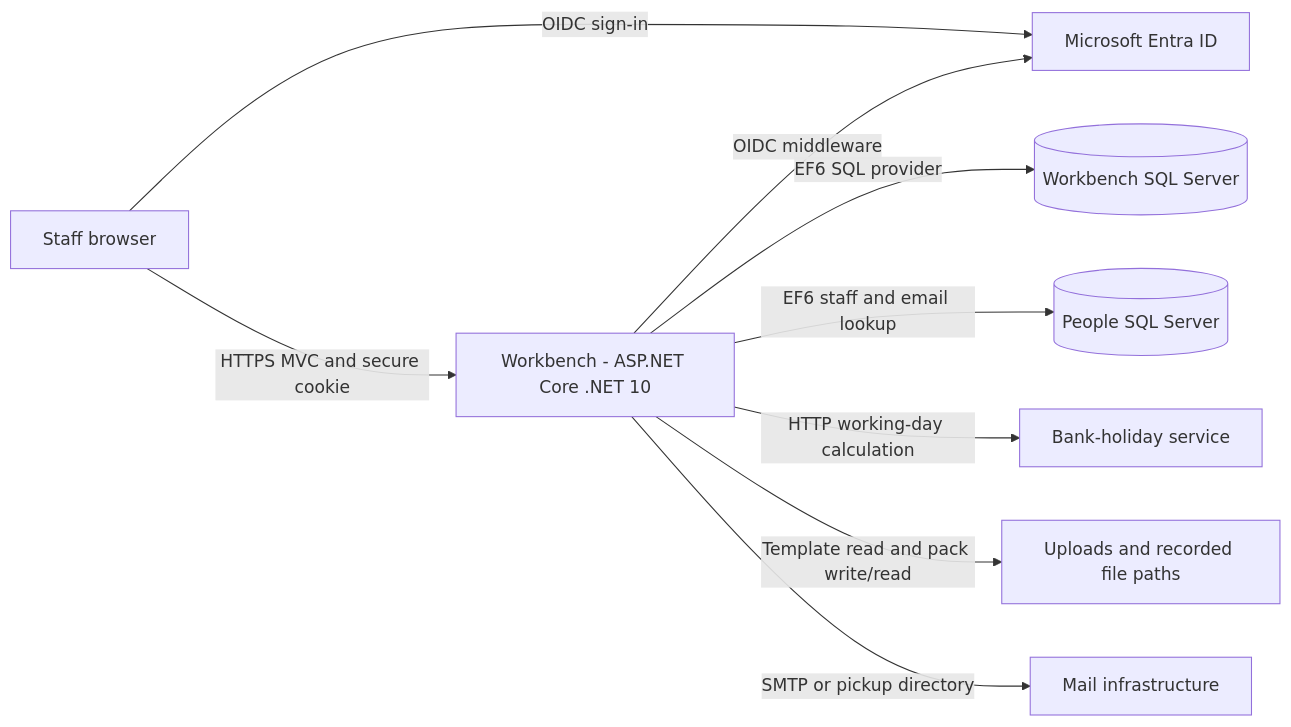
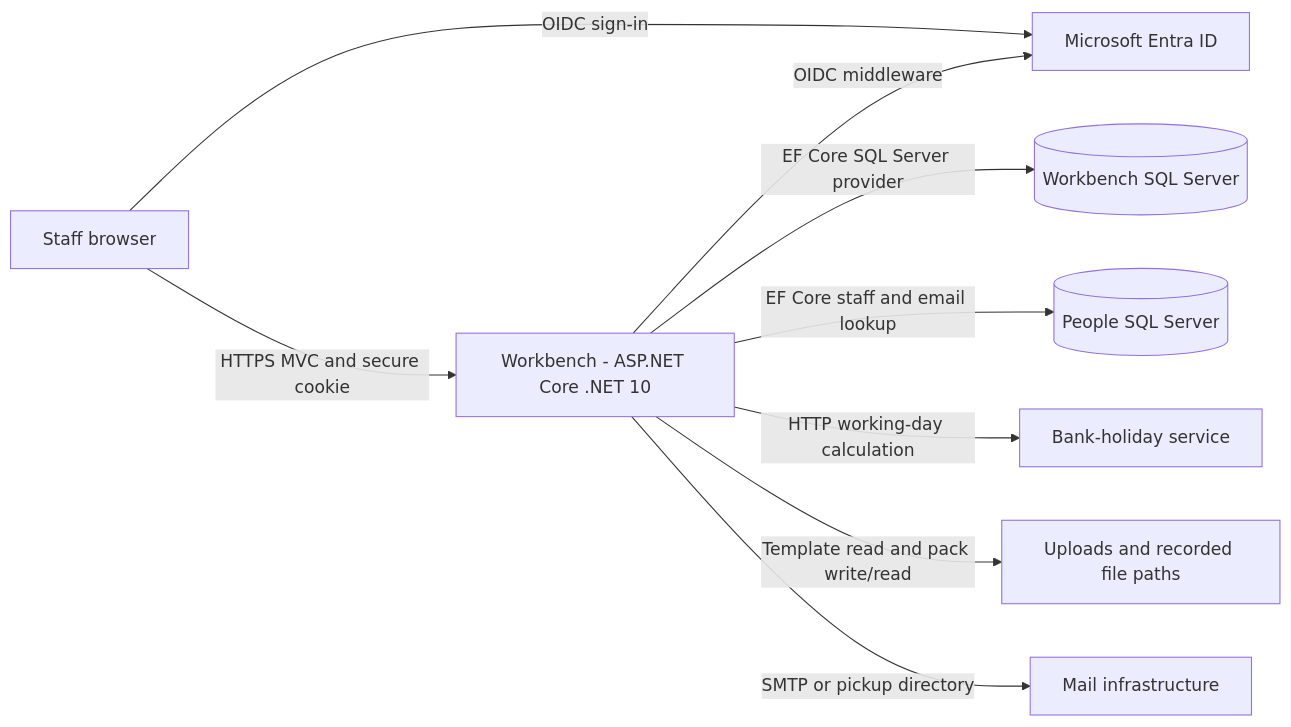
The diagram in reports/rpa-inspections-workbench.md (DEFRA/rpa-inspections-workbench), drawn with Mermaid before and after one commit. The commit also changed other lines of this file and 48 other files, not shown here.

````diff
--- a/reports/rpa-inspections-workbench.md
+++ b/reports/rpa-inspections-workbench.md
@@ -95,11 +107,11 @@
 ```mermaid
 graph LR
     U[Staff browser] -->|HTTPS MVC and secure cookie| W[Workbench - ASP.NET Core .NET 10]
     U -->|OIDC sign-in| E[Microsoft Entra ID]
     W -->|OIDC middleware| E
-    W -->|EF6 SQL provider| D[(Workbench SQL Server)]
-    W -->|EF6 staff and email lookup| P[(People SQL Server)]
+    W -->|EF Core SQL Server provider| D[(Workbench SQL Server)]
+    W -->|EF Core staff and email lookup| P[(People SQL Server)]
     W -->|HTTP working-day calculation| H[Bank-holiday service]
     W -->|Template read and pack write/read| F[Uploads and recorded file paths]
     W -->|SMTP or pickup directory| M[Mail infrastructure]
 ```
````
